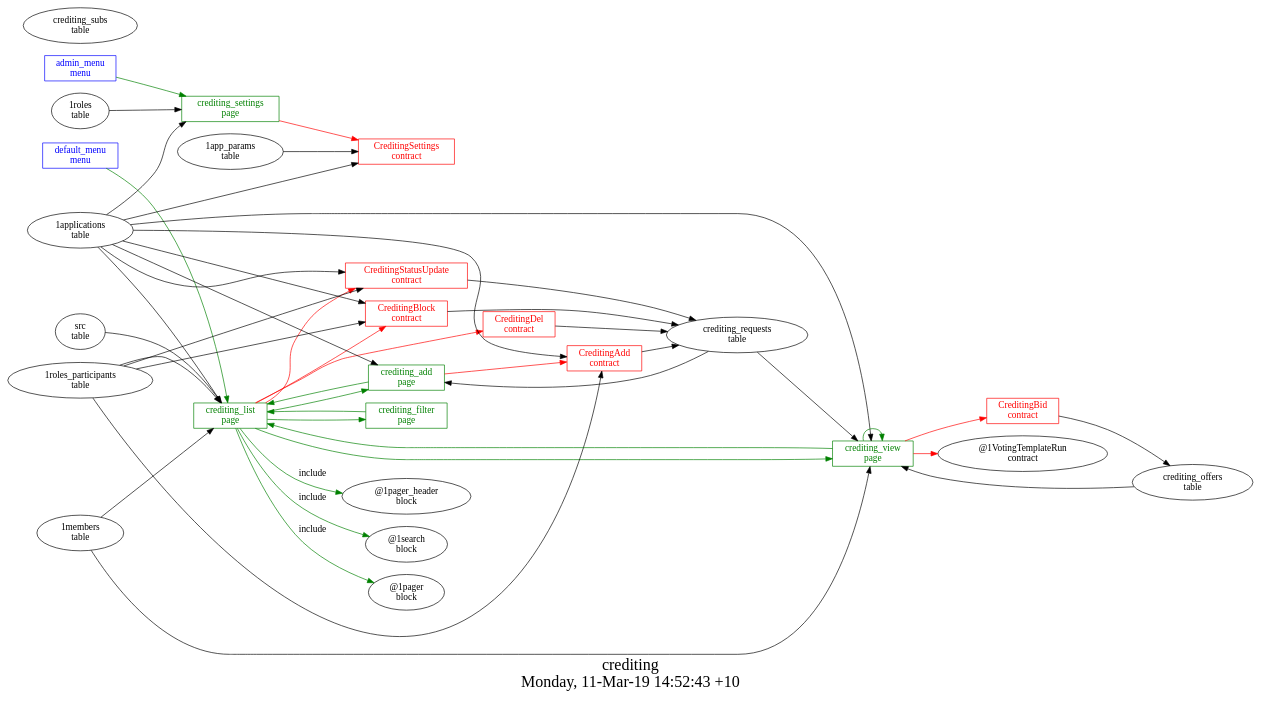
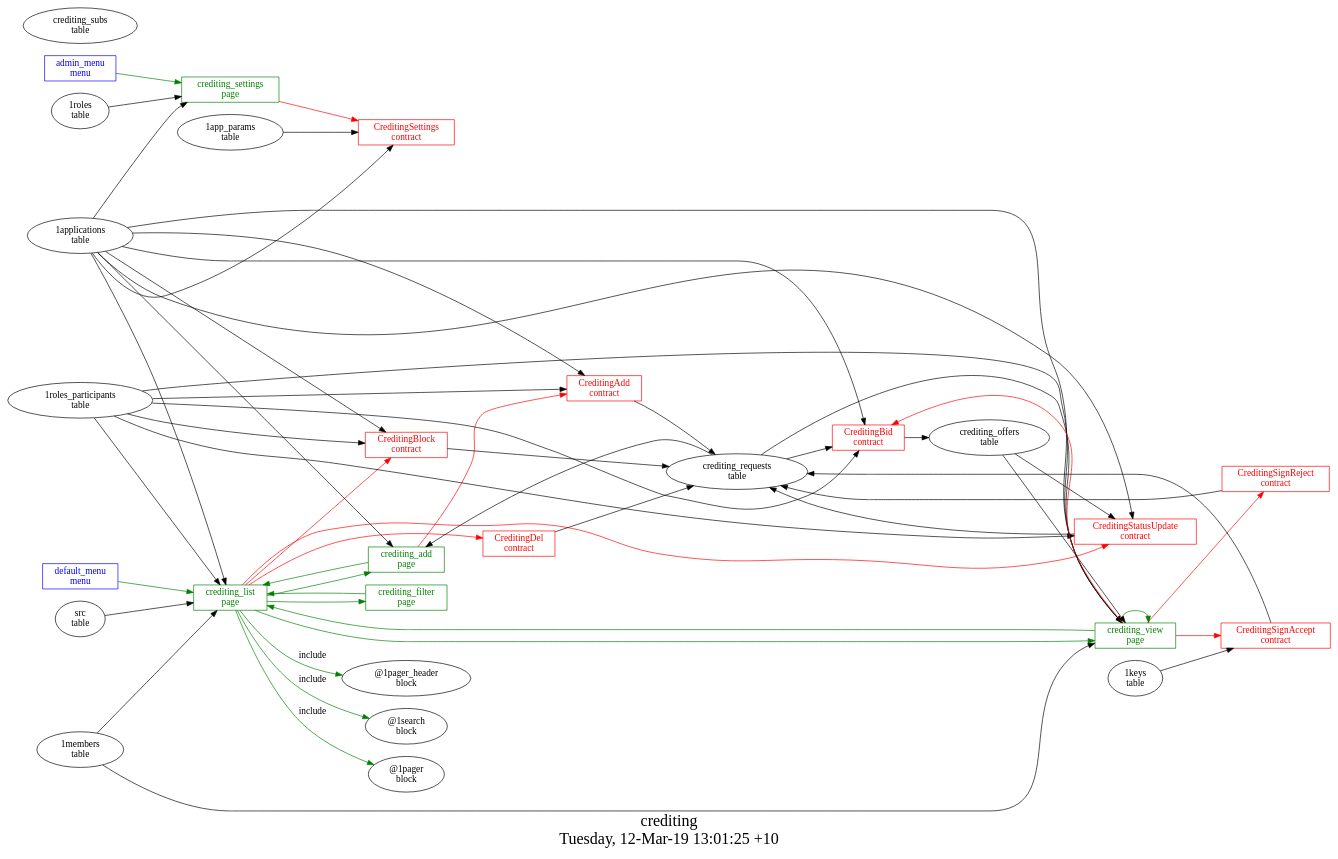
The diagram in ecosystem_apps/сrediting/struct.dot (AplaProject/apps), drawn with Graphviz before and after one commit. The commit also changed 10 other files, not shown here.

```diff
--- a/ecosystem_apps/сrediting/struct.dot
+++ b/ecosystem_apps/сrediting/struct.dot
@@ -1,68 +1,79 @@
 digraph G {
 fontsize="24";
-label="сrediting\nMonday, 11-Mar-19 14:52:43 +10";
+label="сrediting\nTuesday, 12-Mar-19 13:01:25 +10";
 nojustify=true;
 ordering=out;
 rankdir=LR;
 size="30";
 "admin_menu\nmenu" -> "crediting_settings\npage"  [ color=green ]
 "admin_menu\nmenu" [color=blue, fontcolor=blue, group=menus, shape=record];
 "default_menu\nmenu" -> "crediting_list\npage"  [ color=green ]
 "default_menu\nmenu" [color=blue, fontcolor=blue, group=menus, shape=record];
 "crediting_add\npage" -> "CreditingAdd\ncontract"  [ color=red ]
 "1applications\ntable" -> "crediting_add\npage"
 "crediting_requests\ntable" -> "crediting_add\npage"
 "crediting_add\npage" -> "crediting_list\npage"  [ color=green ]
 "crediting_add\npage" [color=green, fontcolor=green, group=pages, shape=record];
 "crediting_filter\npage" -> "crediting_list\npage"  [ color=green ]
 "crediting_filter\npage" [color=green, fontcolor=green, group=pages, shape=record];
 "crediting_list\npage" -> "CreditingStatusUpdate\ncontract"  [ color=red ]
 "crediting_list\npage" -> "CreditingDel\ncontract"  [ color=red ]
 "crediting_list\npage" -> "CreditingBlock\ncontract"  [ color=red ]
 "1applications\ntable" -> "crediting_list\npage"
 "1roles_participants\ntable" -> "crediting_list\npage"
 "src\ntable" -> "crediting_list\npage"
 "1members\ntable" -> "crediting_list\npage"
 "crediting_list\npage" -> "crediting_add\npage"  [ color=green ]
 "crediting_list\npage" -> "crediting_filter\npage"  [ color=green ]
 "crediting_list\npage" -> "crediting_view\npage"  [ color=green ]
 "crediting_list\npage" -> "@1pager_header\nblock"  [ color=green, label=include ]
 "crediting_list\npage" -> "@1search\nblock"  [ color=green, label=include ]
 "crediting_list\npage" -> "@1pager\nblock"  [ color=green, label=include ]
 "crediting_list\npage" [color=green, fontcolor=green, group=pages, shape=record];
 "crediting_settings\npage" -> "CreditingSettings\ncontract"  [ color=red ]
 "1applications\ntable" -> "crediting_settings\npage"
 "1roles\ntable" -> "crediting_settings\npage"
 "crediting_settings\npage" [color=green, fontcolor=green, group=pages, shape=record];
 "crediting_view\npage" -> "CreditingBid\ncontract"  [ color=red ]
-"crediting_view\npage" -> "@1VotingTemplateRun\ncontract"  [ color=red ]
+"crediting_view\npage" -> "CreditingSignReject\ncontract"  [ color=red ]
+"crediting_view\npage" -> "CreditingSignAccept\ncontract"  [ color=red ]
 "1applications\ntable" -> "crediting_view\npage"
 "crediting_requests\ntable" -> "crediting_view\npage"
 "1members\ntable" -> "crediting_view\npage"
 "crediting_offers\ntable" -> "crediting_view\npage"
+"1roles_participants\ntable" -> "crediting_view\npage"
 "crediting_view\npage" -> "crediting_view\npage"  [ color=green ]
 "crediting_view\npage" -> "crediting_list\npage"  [ color=green ]
 "crediting_view\npage" [color=green, fontcolor=green, group=pages, shape=record];
 "CreditingAdd\ncontract" -> "crediting_requests\ntable"  [ color="" ]
 "1applications\ntable" -> "CreditingAdd\ncontract"
 "1roles_participants\ntable" -> "CreditingAdd\ncontract"
 "CreditingAdd\ncontract" [color=red, fontcolor=red, group=contracts, shape=record];
 "CreditingBid\ncontract" -> "crediting_offers\ntable"  [ color="" ]
+"1applications\ntable" -> "CreditingBid\ncontract"
+"1roles_participants\ntable" -> "CreditingBid\ncontract"
+"crediting_requests\ntable" -> "CreditingBid\ncontract"
 "CreditingBid\ncontract" [color=red, fontcolor=red, group=contracts, shape=record];
 "CreditingBlock\ncontract" -> "crediting_requests\ntable"  [ color="" ]
 "1applications\ntable" -> "CreditingBlock\ncontract"
 "1roles_participants\ntable" -> "CreditingBlock\ncontract"
 "CreditingBlock\ncontract" [color=red, fontcolor=red, group=contracts, shape=record];
 "CreditingDel\ncontract" -> "crediting_requests\ntable"  [ color="" ]
 "CreditingDel\ncontract" [color=red, fontcolor=red, group=contracts, shape=record];
 "1app_params\ntable" -> "CreditingSettings\ncontract"
 "1applications\ntable" -> "CreditingSettings\ncontract"
 "CreditingSettings\ncontract" [color=red, fontcolor=red, group=contracts, shape=record];
+"CreditingSignAccept\ncontract" -> "crediting_requests\ntable"  [ color="" ]
+"1keys\ntable" -> "CreditingSignAccept\ncontract"
+"CreditingSignAccept\ncontract" [color=red, fontcolor=red, group=contracts, shape=record];
+"CreditingSignReject\ncontract" -> "crediting_requests\ntable"  [ color="" ]
+"CreditingSignReject\ncontract" [color=red, fontcolor=red, group=contracts, shape=record];
 "CreditingStatusUpdate\ncontract" -> "crediting_requests\ntable"  [ color="" ]
+"crediting_offers\ntable" -> "CreditingStatusUpdate\ncontract"
 "1applications\ntable" -> "CreditingStatusUpdate\ncontract"
 "1roles_participants\ntable" -> "CreditingStatusUpdate\ncontract"
 "CreditingStatusUpdate\ncontract" [color=red, fontcolor=red, group=contracts, shape=record];
 "crediting_offers\ntable" [color="", fontcolor="", group=tables, shape=""];
 "crediting_requests\ntable" [color="", fontcolor="", group=tables, shape=""];
 "crediting_subs\ntable" [color="", fontcolor="", group=tables, shape=""];
 }
```
